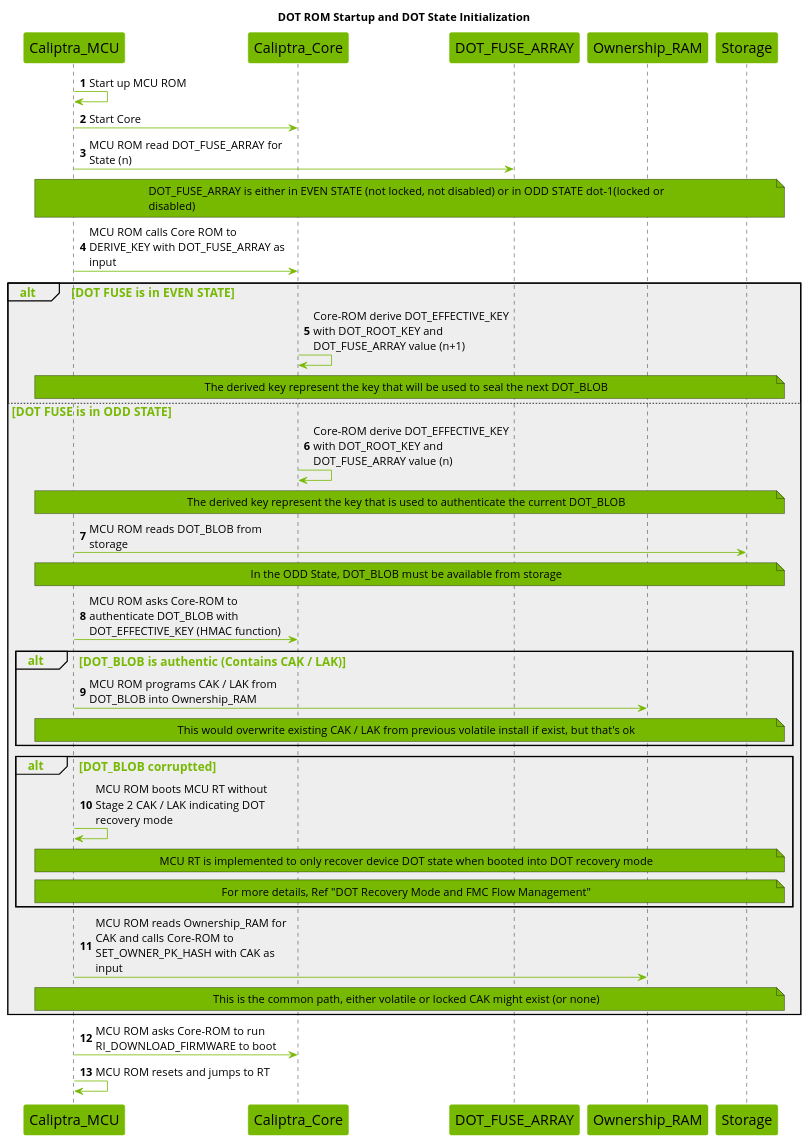
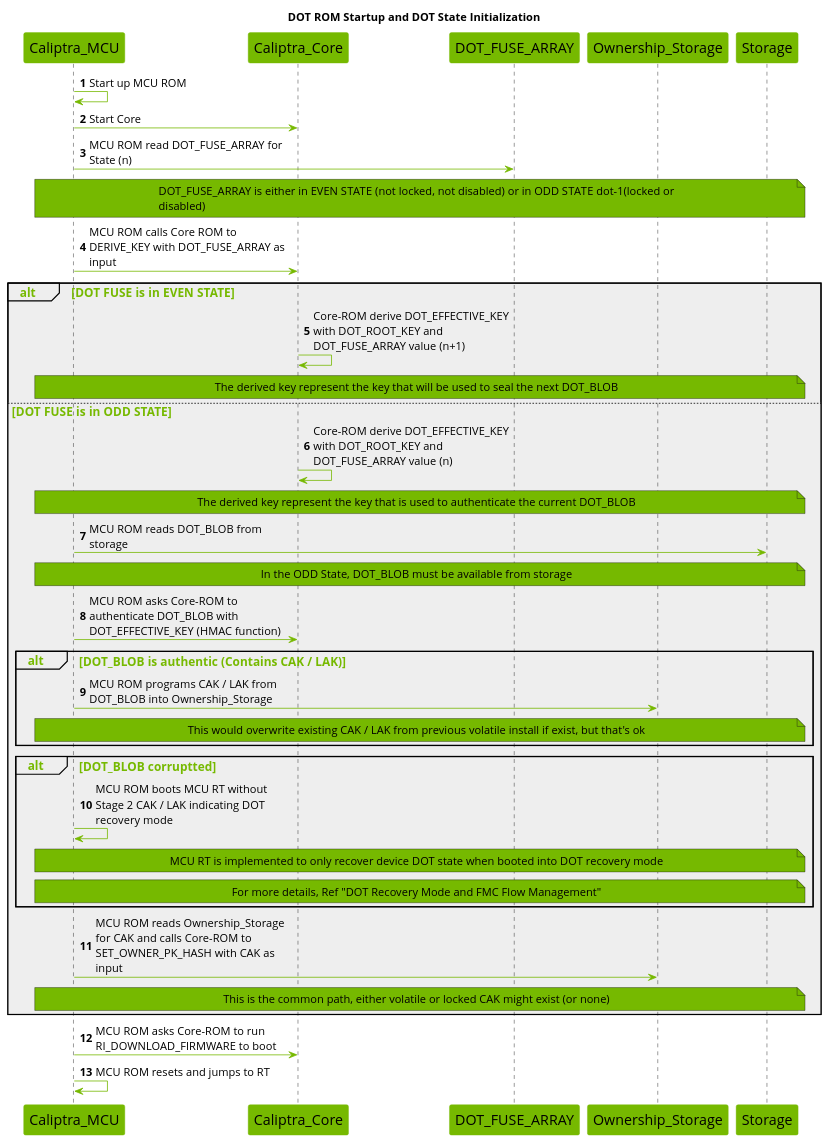
Before and after one commit to zhalvorsen/caliptra-mcu-sw: the first of 9 diagrams in docs/src/dot.md, drawn with PlantUML. The commit also changed other lines of this file, not shown here.

Commit message:
Modify dot.md to rephrase Ownership_RAM as Ownership_Storage (#611)

````diff
--- a/docs/src/dot.md
+++ b/docs/src/dot.md
@@ -301,68 +302,68 @@
 ```plantuml
 @startuml
 title DOT ROM Startup and DOT State Initialization
 
 skinparam maxMessageSize 250
 skinparam wrapWidth 700
 skinparam backgroundColor white
 skinparam NoteBackgroundColor #76b900
 skinparam NoteFontSize 14
 skinparam SequenceGroupBodyBackgroundColor #EEEEEE
 skinparam defaultFontName Open Sans
 
 skinparam sequence {
     ArrowColor #76b900
     ActorBorderColor #76b900
     LifeLineBorderColor #000000
     LifeLineBackgroundColor #76b900
     GroupHeaderFontsize 15
     GroupHeaderFontColor #76b900
     GroupFontSize 15
     GroupFontColor #76b900
     ArrowFontSize 15
     ParticipantBorderColor #76b900
     ParticipantBackgroundColor #76b900
     ParticipantFontSize 18
     ParticipantFontColor black
     ArrowFontSize 14
 }
 
 participant Caliptra_MCU
 participant Caliptra_Core
 participant DOT_FUSE_ARRAY
-participant Ownership_RAM
+participant Ownership_Storage
 participant Storage
 
 autonumber
 
 Caliptra_MCU -> Caliptra_MCU : Start up MCU ROM
 Caliptra_MCU -> Caliptra_Core : Start Core
 Caliptra_MCU -> DOT_FUSE_ARRAY : MCU ROM read DOT_FUSE_ARRAY for State (n)
 note across : DOT_FUSE_ARRAY is either in EVEN STATE (not locked, not disabled) or in ODD STATE dot-1(locked or disabled)
 Caliptra_MCU -> Caliptra_Core : MCU ROM calls Core ROM to DERIVE_KEY with DOT_FUSE_ARRAY as input
 alt DOT FUSE is in EVEN STATE
     Caliptra_Core -> Caliptra_Core : Core-ROM derive DOT_EFFECTIVE_KEY with DOT_ROOT_KEY and DOT_FUSE_ARRAY value (n+1)
     note across : The derived key represent the key that will be used to seal the next DOT_BLOB
 else DOT FUSE is in ODD STATE
     Caliptra_Core -> Caliptra_Core : Core-ROM derive DOT_EFFECTIVE_KEY with DOT_ROOT_KEY and DOT_FUSE_ARRAY value (n)
     note across : The derived key represent the key that is used to authenticate the current DOT_BLOB
     Caliptra_MCU -> Storage : MCU ROM reads DOT_BLOB from storage
     note across : In the ODD State, DOT_BLOB must be available from storage
     Caliptra_MCU -> Caliptra_Core : MCU ROM asks Core-ROM to authenticate DOT_BLOB with DOT_EFFECTIVE_KEY (HMAC function)
     alt DOT_BLOB is authentic (Contains CAK / LAK)
-        Caliptra_MCU -> Ownership_RAM : MCU ROM programs CAK / LAK from DOT_BLOB into Ownership_RAM
+        Caliptra_MCU -> Ownership_Storage : MCU ROM programs CAK / LAK from DOT_BLOB into Ownership_Storage
         note across : This would overwrite existing CAK / LAK from previous volatile install if exist, but that's ok
     end
     alt DOT_BLOB corruptted
         Caliptra_MCU -> Caliptra_MCU : MCU ROM boots MCU RT without Stage 2 CAK / LAK indicating DOT recovery mode
         note across: MCU RT is implemented to only recover device DOT state when booted into DOT recovery mode
         note across : For more details, Ref "DOT Recovery Mode and FMC Flow Management"
     end
-    Caliptra_MCU -> Ownership_RAM : MCU ROM reads Ownership_RAM for CAK and calls Core-ROM to SET_OWNER_PK_HASH with CAK as input
+    Caliptra_MCU -> Ownership_Storage : MCU ROM reads Ownership_Storage for CAK and calls Core-ROM to SET_OWNER_PK_HASH with CAK as input
     note across : This is the common path, either volatile or locked CAK might exist (or none)
 end
 Caliptra_MCU -> Caliptra_Core : MCU ROM asks Core-ROM to run RI_DOWNLOAD_FIRMWARE to boot
 Caliptra_MCU -> Caliptra_MCU : MCU ROM resets and jumps to RT
 
 @enduml
 ```
````
